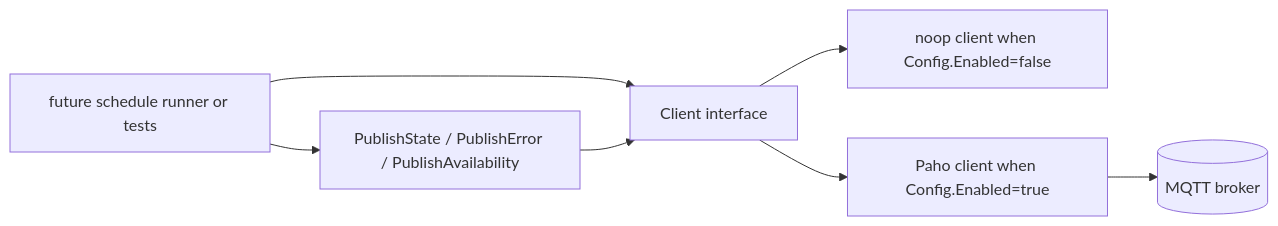
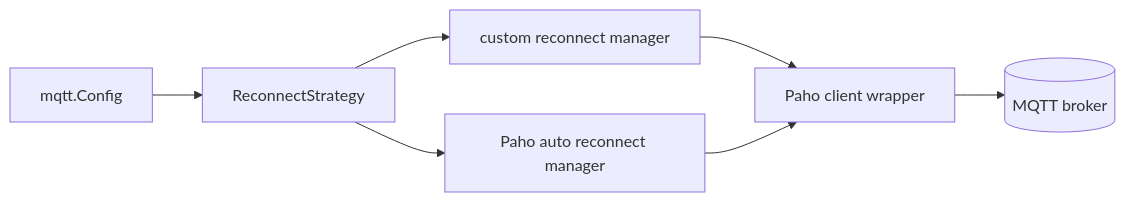
The diagram in docs/implementations/84-issue-mqtt-scaffold/84-issue-mqtt-scaffold-PLAN.md (atbore-phx/sbam), drawn with Mermaid before and after one commit. The commit also changed other lines of this file and 8 other files, not shown here.

First line of the commit message:
feat(mqtt): selectable reconnect strategies (custom default; opt-in paho)

````diff
--- a/docs/implementations/84-issue-mqtt-scaffold/84-issue-mqtt-scaffold-PLAN.md
+++ b/docs/implementations/84-issue-mqtt-scaffold/84-issue-mqtt-scaffold-PLAN.md
@@ -54,9 +62,9 @@
 ```mermaid
 flowchart LR
-  Caller[future schedule runner or tests] --> Helpers[PublishState / PublishError / PublishAvailability]
-  Caller --> Client[Client interface]
-  Helpers --> Client
-  Client --> Noop[noop client when Config.Enabled=false]
-  Client --> Paho[Paho client when Config.Enabled=true]
-  Paho --> Broker[(MQTT broker)]
+  Config[mqtt.Config] --> Strategy[ReconnectStrategy]
+  Strategy --> Custom[custom reconnect manager]
+  Strategy --> PahoBuiltIn[Paho auto reconnect manager]
+  Custom --> PahoClient[Paho client wrapper]
+  PahoBuiltIn --> PahoClient
+  PahoClient --> Broker[(MQTT broker)]
 ```
````
